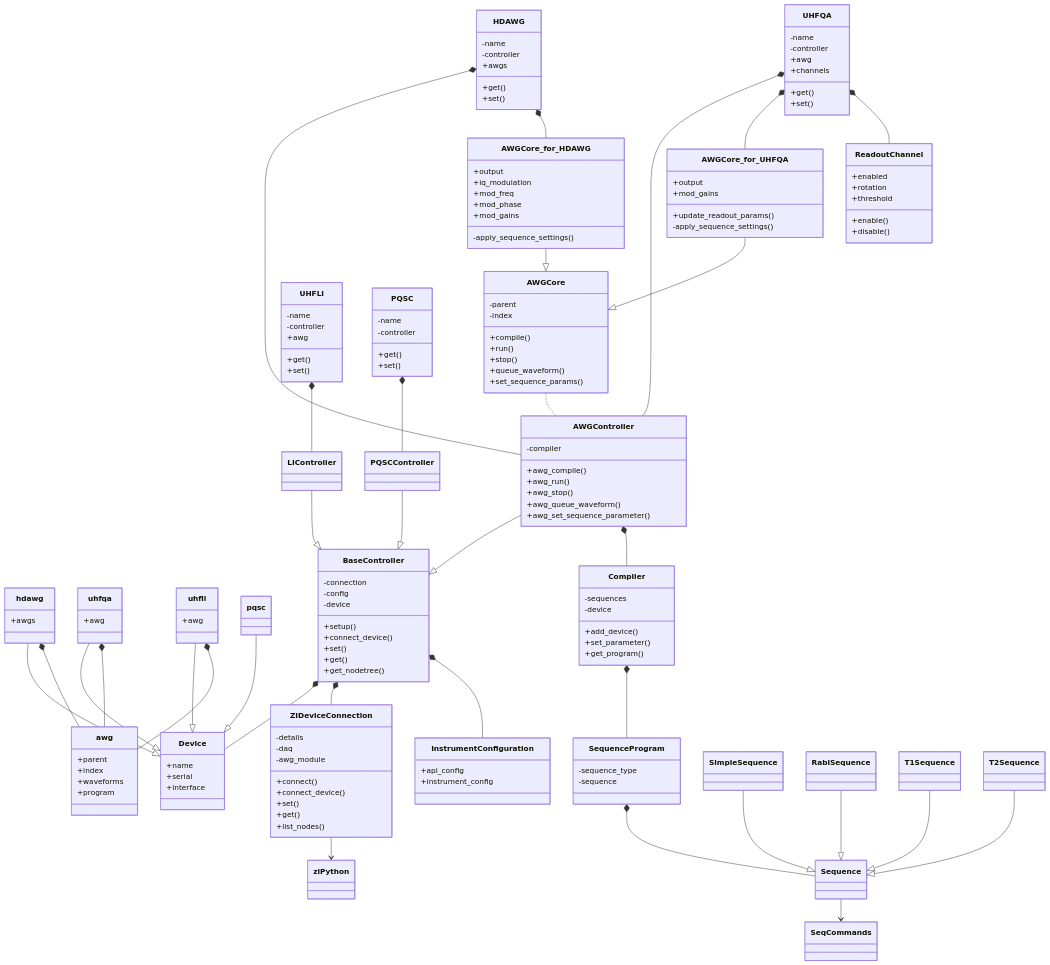
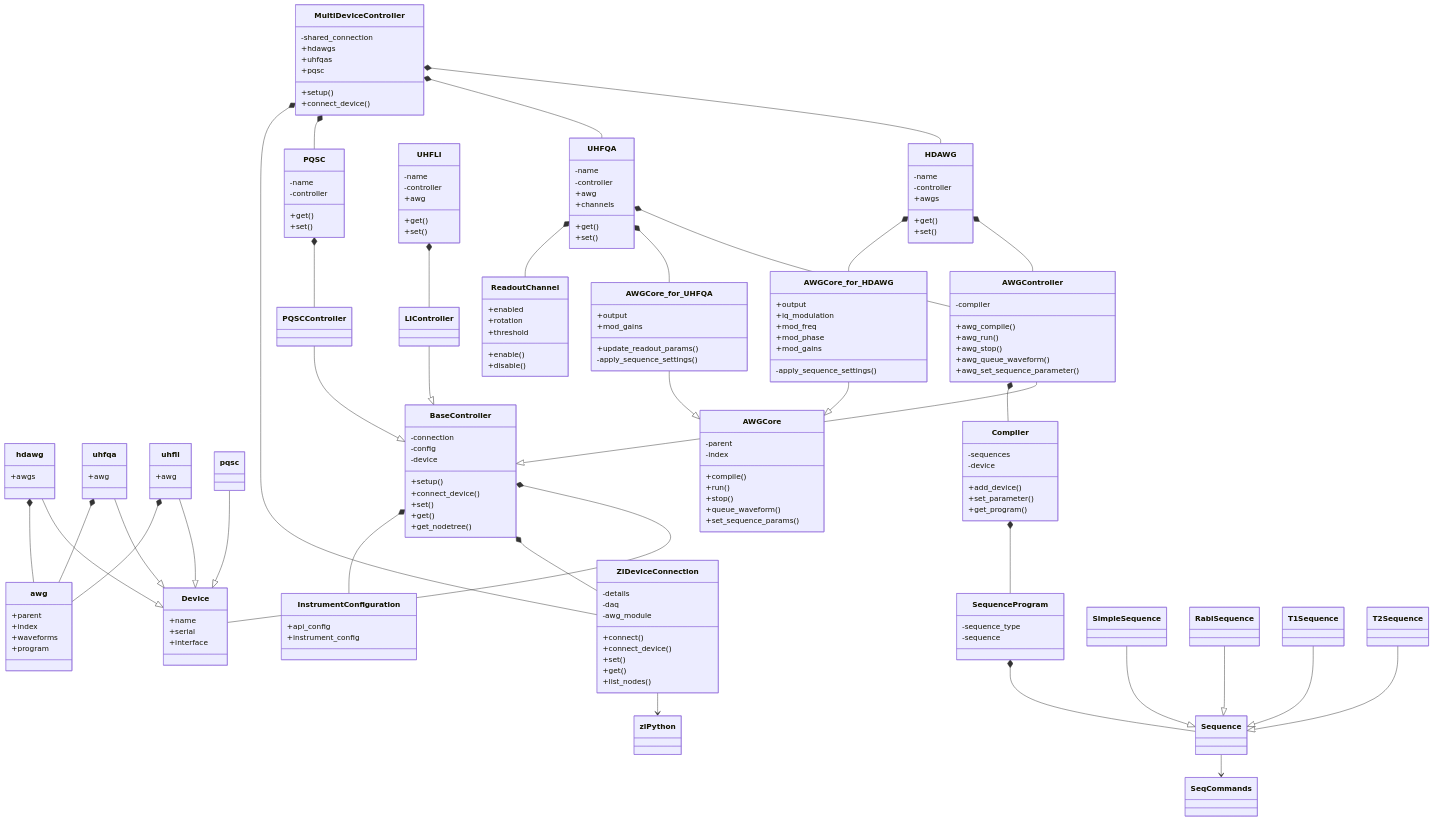
Before and after one commit to zhinst/zhinst-toolkit: the diagram in README.md, drawn with Mermaid.

````diff
--- a/README.md
+++ b/README.md
@@ -54,7 +54,6 @@
     Sequence --> SeqCommands
     AWGCore_for_UHFQA --|> AWGCore
     AWGCore_for_HDAWG --|> AWGCore
-    AWGCore .. AWGController
     HDAWG *-- AWGController
     UHFQA *-- AWGController
     HDAWG *-- AWGCore_for_HDAWG
@@ -62,6 +61,10 @@
     UHFQA *-- ReadoutChannel
     UHFLI *-- LIController
     PQSC *-- PQSCController
+    MultiDeviceController *-- HDAWG
+    MultiDeviceController *-- UHFQA
+    MultiDeviceController *-- PQSC
+    MultiDeviceController *-- ZIDeviceConnection
     
 
     
@@ -197,5 +200,13 @@
         +update_readout_params()
         -apply_sequence_settings()
     }
+    class MultiDeviceController{
+        -shared_connection
+        +hdawgs
+        +uhfqas
+        +pqsc
+        +setup()
+        +connect_device()
+    }
 
 ```
````
